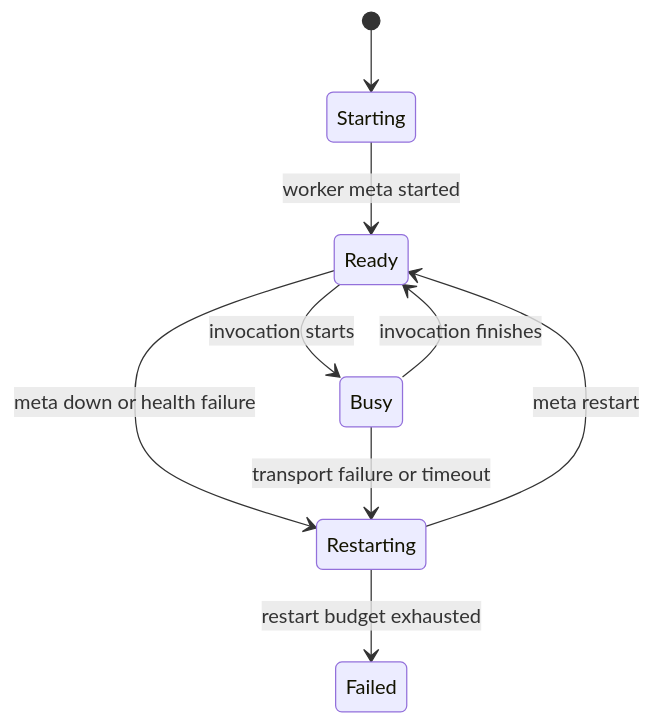
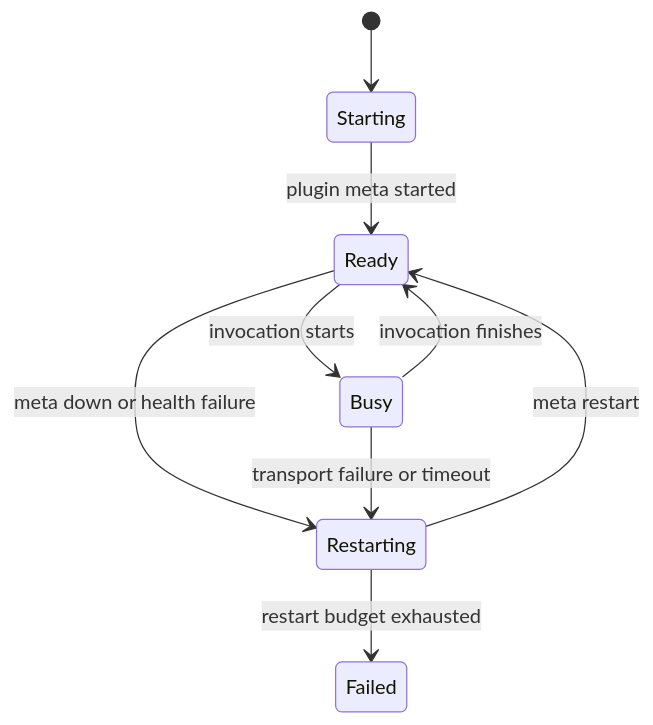
One commit to HarishHary/blink changed diagram 12 of 14 in docs/internals/plugin-runtime.md. Above: the diagram before and after it, drawn with Mermaid. The commit also changed other lines of this file and 2 other files, not shown here.

````diff
--- a/docs/internals/plugin-runtime.md
+++ b/docs/internals/plugin-runtime.md
@@ -469,11 +473,11 @@
 ```mermaid
 stateDiagram-v2
     [*] --> Starting
-    Starting --> Ready: worker meta started
+    Starting --> Ready: plugin meta started
     Ready --> Busy: invocation starts
     Busy --> Ready: invocation finishes
     Ready --> Restarting: meta down or health failure
     Busy --> Restarting: transport failure or timeout
     Restarting --> Ready: meta restart
     Restarting --> Failed: restart budget exhausted
 ```
````
